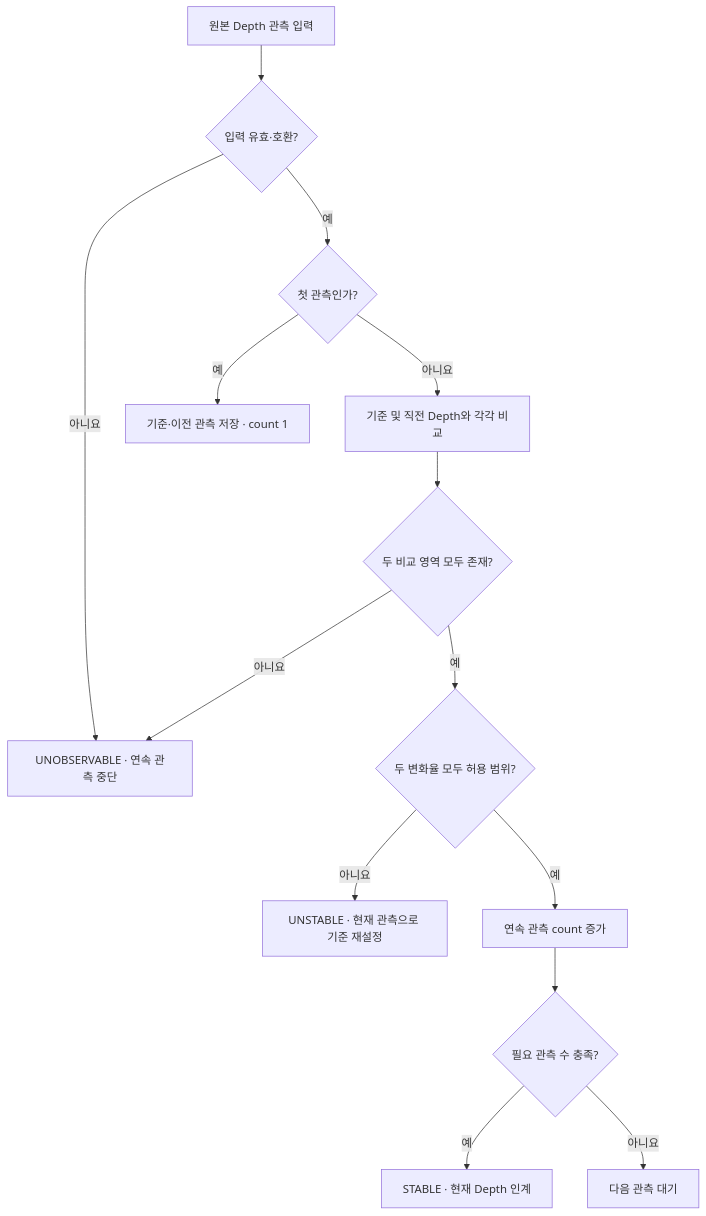
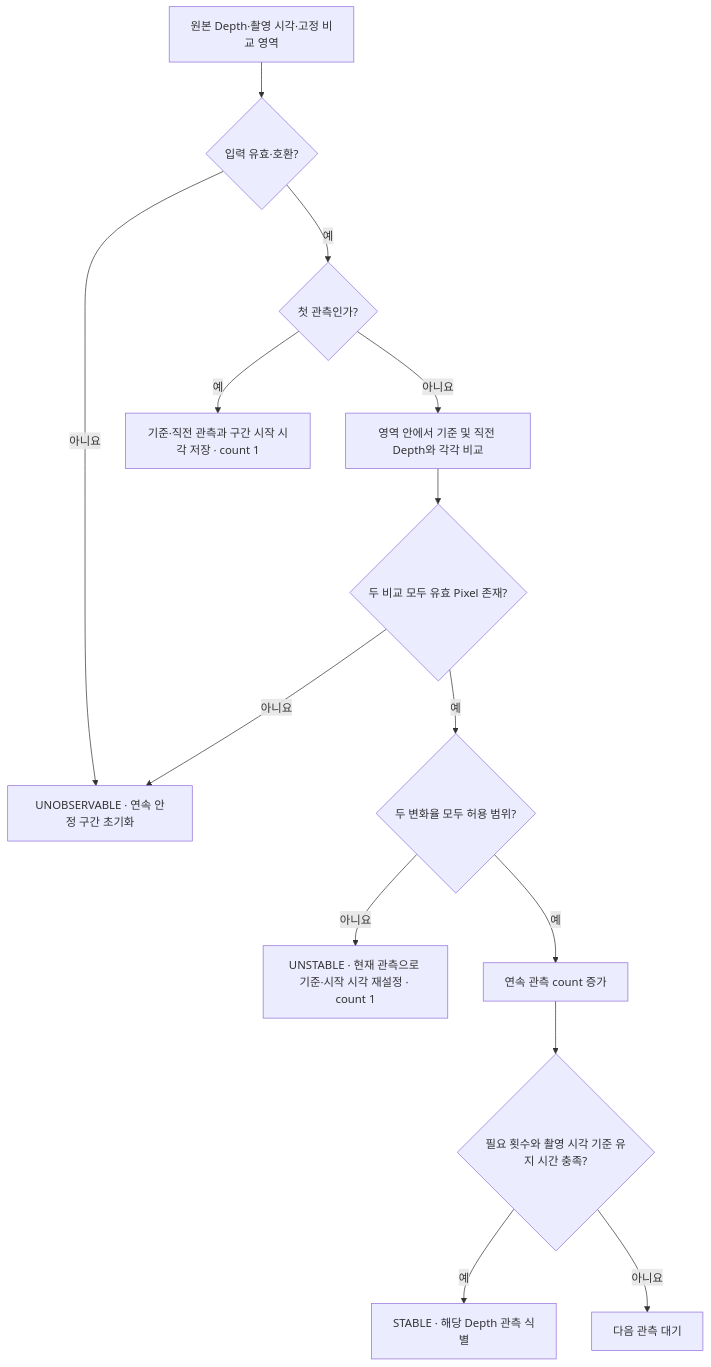
The diagram in docs/design/algorithms/depth-scene-stability.md (dev-kibeom/sftwin-arm-cell), drawn with Mermaid before and after one commit. The commit also changed other lines of this file and 33 other files, not shown here.

````diff
--- a/docs/design/algorithms/depth-scene-stability.md
+++ b/docs/design/algorithms/depth-scene-stability.md
@@ -21,16 +36,16 @@
 ```mermaid
 flowchart TD
-    A[원본 Depth 관측 입력] --> B{입력 유효·호환?}
-    B -- 아니요 --> X[UNOBSERVABLE · 연속 관측 중단]
+    A[원본 Depth·촬영 시각·고정 비교 영역] --> B{입력 유효·호환?}
+    B -- 아니요 --> X[UNOBSERVABLE · 연속 안정 구간 초기화]
     B -- 예 --> C{첫 관측인가?}
-    C -- 예 --> D[기준·이전 관측 저장 · count 1]
-    C -- 아니요 --> E[기준 및 직전 Depth와 각각 비교]
-    E --> F{두 비교 영역 모두 존재?}
+    C -- 예 --> D[기준·직전 관측과 구간 시작 시각 저장 · count 1]
+    C -- 아니요 --> E[영역 안에서 기준 및 직전 Depth와 각각 비교]
+    E --> F{두 비교 모두 유효 Pixel 존재?}
     F -- 아니요 --> X
     F -- 예 --> G{두 변화율 모두 허용 범위?}
-    G -- 아니요 --> H[UNSTABLE · 현재 관측으로 기준 재설정]
+    G -- 아니요 --> H[UNSTABLE · 현재 관측으로 기준·시작 시각 재설정 · count 1]
     G -- 예 --> I[연속 관측 count 증가]
-    I --> J{필요 관측 수 충족?}
-    J -- 예 --> K[STABLE · 현재 Depth 인계]
+    I --> J{필요 횟수와 촬영 시각 기준 유지 시간 충족?}
+    J -- 예 --> K[STABLE · 해당 Depth 관측 식별]
     J -- 아니요 --> L[다음 관측 대기]
 ```
````
